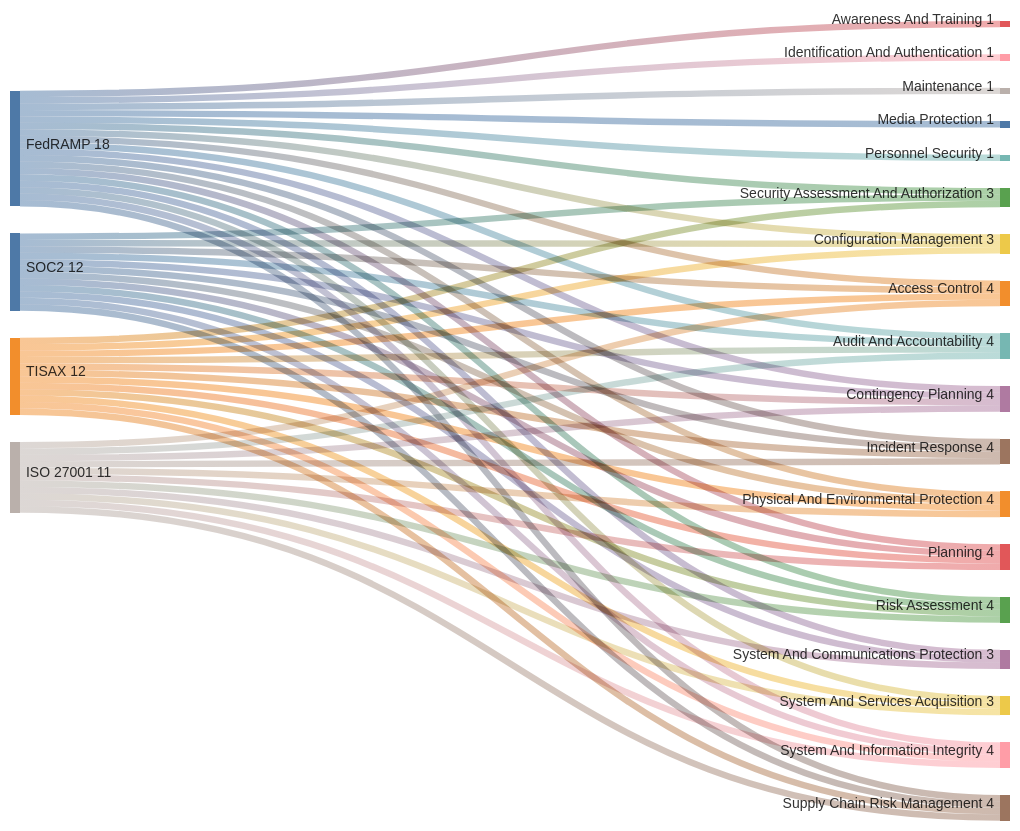
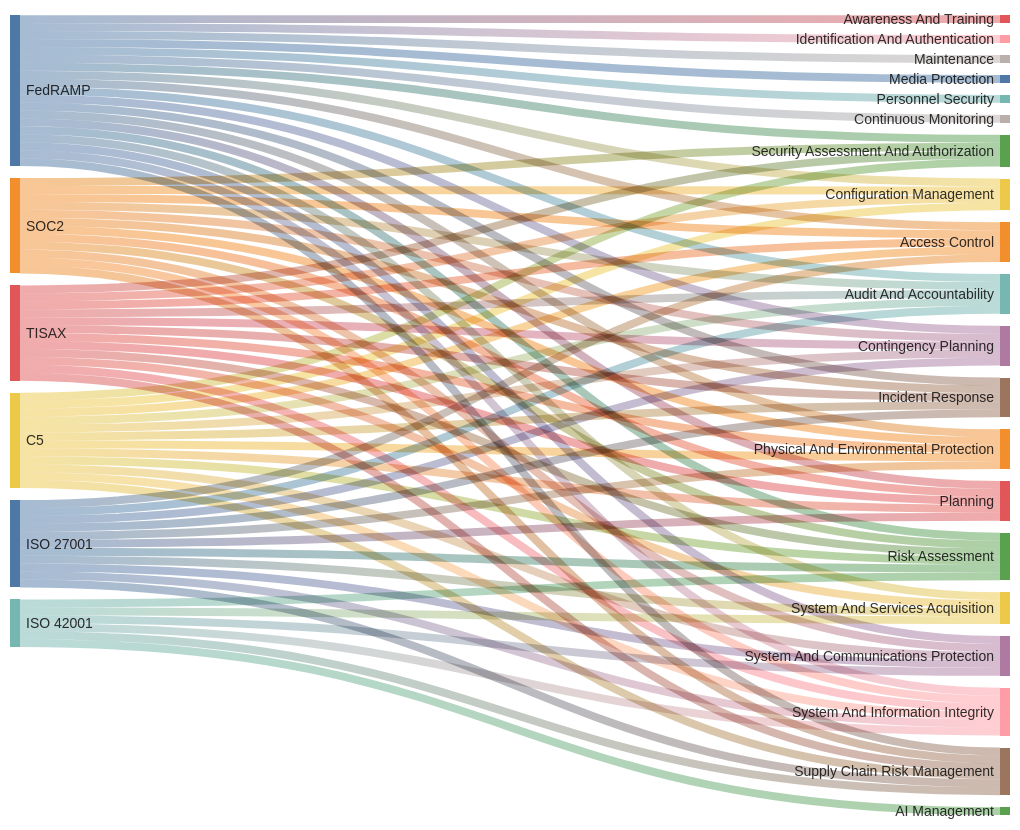
The diagram in README.md (jluufigma/grc-docs), drawn with Mermaid before and after one commit. The commit also changed other lines of this file, not shown here.

````diff
--- a/README.md
+++ b/README.md
@@ -6,7 +6,7 @@
 config:
  themeCSS: white
  sankey: 
-  showValues: true
+  showValues: false
   width: 1000
   height: 800
   linkColor: 'gradient'
@@ -34,6 +34,8 @@
 FedRAMP,System And Communications Protection,1
 FedRAMP,System And Information Integrity,1
 FedRAMP,Supply Chain Risk Management,1
+FedRAMP,Continuous Monitoring,1
+
 ISO 27001,Access Control,1
 ISO 27001,Audit And Accountability,1
 ISO 27001,Contingency Planning,1
@@ -69,6 +71,24 @@
 TISAX,System And Services Acquisition,1
 TISAX,System And Information Integrity,1
 TISAX,Supply Chain Risk Management,1
+ISO 42001,AI Management,1
+ISO 42001,Risk Assessment,1
+ISO 42001,System And Services Acquisition,1
+ISO 42001,System And Communications Protection,1
+ISO 42001,System And Information Integrity,1
+ISO 42001,Supply Chain Risk Management,1
+C5,Access Control,1
+C5,Audit And Accountability,1
+C5,Security Assessment And Authorization,1
+C5,Configuration Management,1
+C5,Contingency Planning,1
+C5,Incident Response,1
+C5,Physical And Environmental Protection,1
+C5,Planning,1
+C5,Risk Assessment,1
+C5,System And Communications Protection,1
+C5,System And Information Integrity,1
+C5,Supply Chain Risk Management,1
 
 
 ```
````
